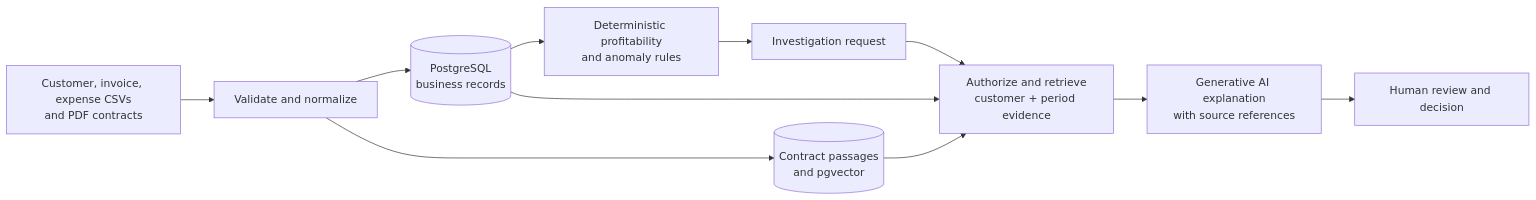
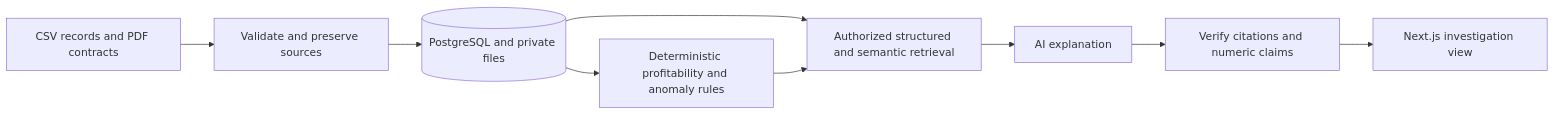
The diagram in README.md (karankirtisharma/Profitlens), drawn with Mermaid before and after one commit. The commit also changed other lines of this file and 5 other files, not shown here.

````diff
--- a/README.md
+++ b/README.md
@@ -15,13 +32,11 @@
 ```mermaid
 flowchart LR
-  A[Customer, invoice, expense CSVs<br/>and PDF contracts] --> B[Validate and normalize]
-  B --> C[(PostgreSQL<br/>business records)]
-  B --> D[(Contract passages<br/>and pgvector)]
-  C --> E[Deterministic profitability<br/>and anomaly rules]
-  E --> F[Investigation request]
-  F --> G[Authorize and retrieve<br/>customer + period evidence]
-  C --> G
-  D --> G
-  G --> H[Generative AI explanation<br/>with source references]
-  H --> I[Human review and decision]
+    A[CSV records and PDF contracts] --> B[Validate and preserve sources]
+    B --> C[(PostgreSQL and private files)]
+    C --> D[Deterministic profitability and anomaly rules]
+    C --> E[Authorized structured and semantic retrieval]
+    D --> E
+    E --> F[AI explanation]
+    F --> G[Verify citations and numeric claims]
+    G --> H[Next.js investigation view]
 ```
````
